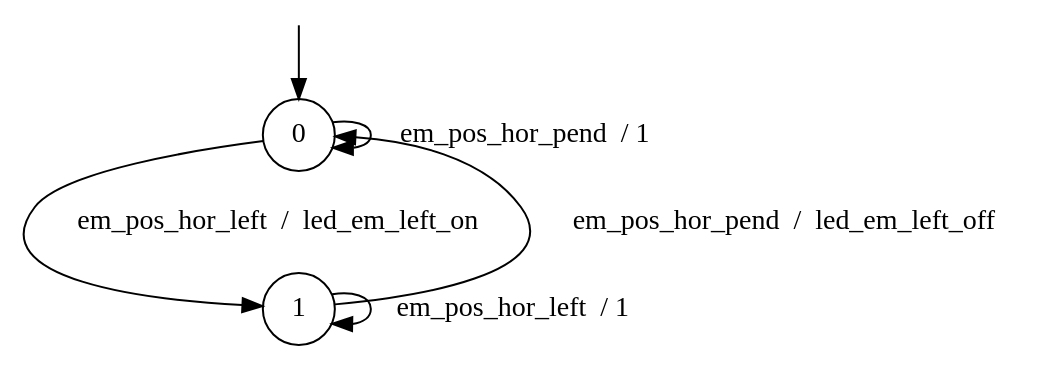
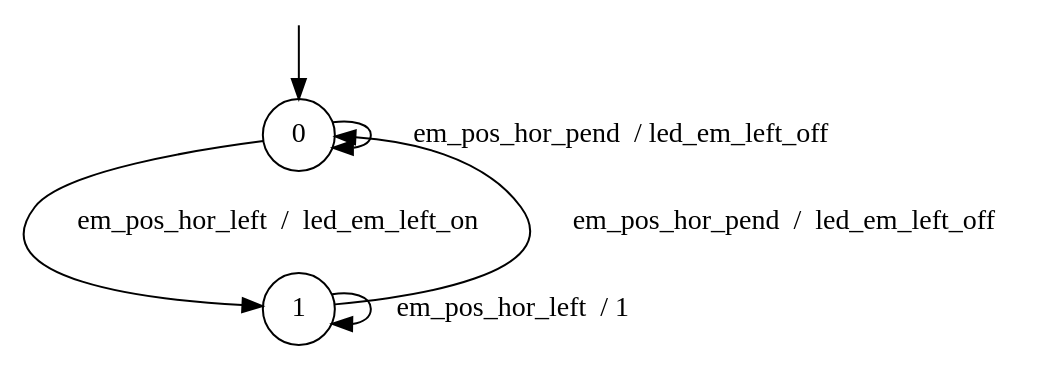
Before and after one commit to AryanBastani/SCL-Star: the diagram in Real-Tests/resources/Synchs/6/4_13_MCS_LED_EML.dot, drawn with Graphviz. The commit also changed 15 other files, not shown here.

```diff
--- a/Real-Tests/resources/Synchs/6/4_13_MCS_LED_EML.dot
+++ b/Real-Tests/resources/Synchs/6/4_13_MCS_LED_EML.dot
@@ -1,13 +1,13 @@
 digraph g {
 
 	s0 [shape="circle" label="0"];
 	s1 [shape="circle" label="1"];
 	s0 -> s1 [label="em_pos_hor_left  /  led_em_left_on"];
-	s0 -> s0 [label="em_pos_hor_pend  / 1"];
+	s0 -> s0 [label="em_pos_hor_pend  / led_em_left_off"];
 	s1 -> s1 [label="em_pos_hor_left  / 1"];
 	s1 -> s0 [label="em_pos_hor_pend  /  led_em_left_off"];
 
 __start0 [label="" shape="none" width="0" height="0"];
 __start0 -> s0;
 
 }
```
